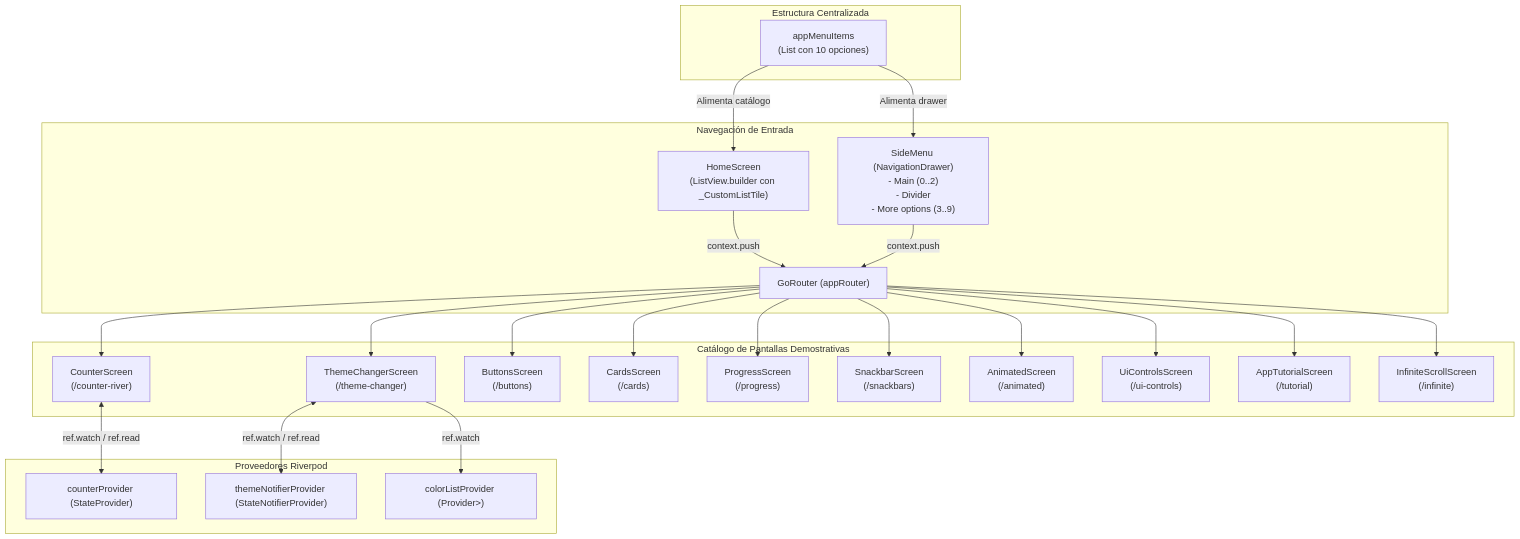
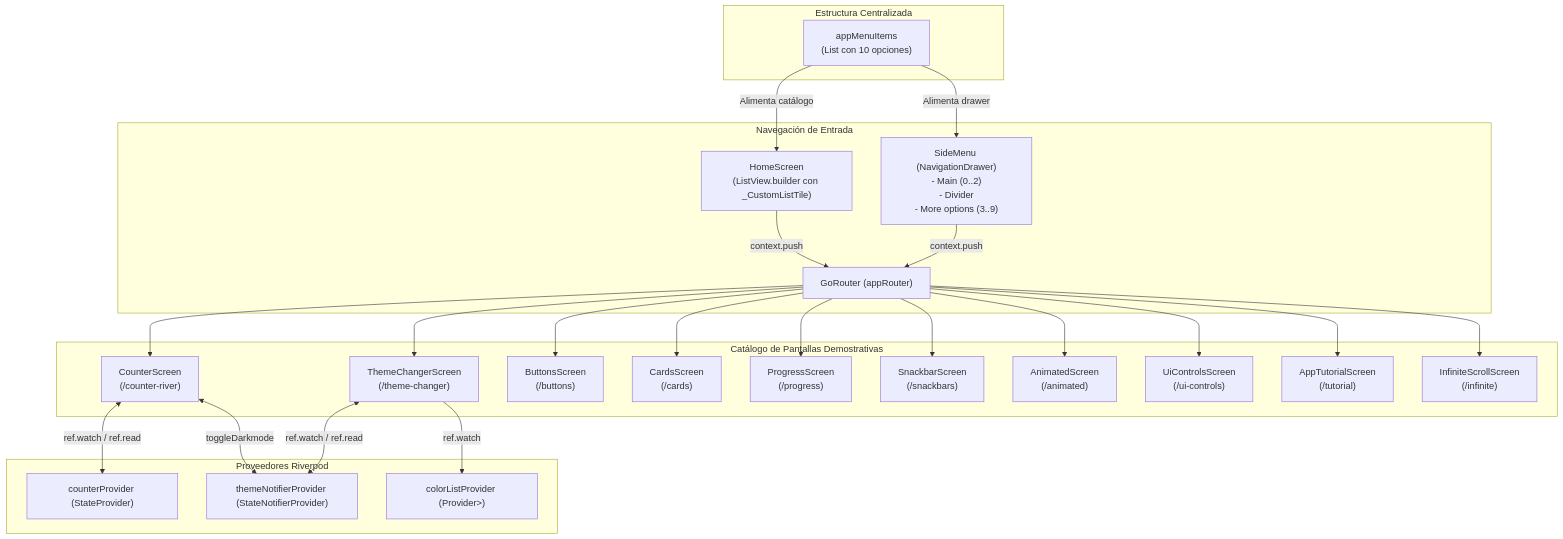
Before and after one commit to JesuuusArt/Practicas_DMI_220772: the second of 2 diagrams in Practica05/widgets_app/Docs/Architecture/DIAGRAMAS_ARQUITECTURA.md, drawn with Mermaid. The commit also changed other lines of this file and 8 other files, not shown here.

````diff
--- a/Practica05/widgets_app/Docs/Architecture/DIAGRAMAS_ARQUITECTURA.md
+++ b/Practica05/widgets_app/Docs/Architecture/DIAGRAMAS_ARQUITECTURA.md
@@ -70,51 +87,52 @@
 ```mermaid
 graph TD
     subgraph DataCentral ["Estructura Centralizada"]
         MenuItems["appMenuItems\n(List<MenuItem> con 10 opciones)"]
     end
 
     subgraph NavigationUI ["Navegación de Entrada"]
         Home["HomeScreen\n(ListView.builder con _CustomListTile)"]
         Drawer["SideMenu (NavigationDrawer)\n- Main (0..2)\n- Divider\n- More options (3..9)"]
         RouterDef["GoRouter (appRouter)"]
     end
 
     subgraph ScreensCluster ["Catálogo de Pantallas Demostrativas"]
         S_Count["CounterScreen\n(/counter-river)"]
         S_Theme["ThemeChangerScreen\n(/theme-changer)"]
         S_Btn["ButtonsScreen\n(/buttons)"]
         S_Card["CardsScreen\n(/cards)"]
         S_Prog["ProgressScreen\n(/progress)"]
         S_Snack["SnackbarScreen\n(/snackbars)"]
         S_Anim["AnimatedScreen\n(/animated)"]
         S_UI["UiControlsScreen\n(/ui-controls)"]
         S_Tut["AppTutorialScreen\n(/tutorial)"]
         S_Inf["InfiniteScrollScreen\n(/infinite)"]
     end
 
     subgraph ProvidersLayer ["Proveedores Riverpod"]
         P_Count["counterProvider (StateProvider<int>)"]
         P_Theme["themeNotifierProvider (StateNotifierProvider)"]
         P_Colors["colorListProvider (Provider<List<Color>>)"]
     end
 
     MenuItems -->|Alimenta catálogo| Home
     MenuItems -->|Alimenta drawer| Drawer
     Home -->|context.push| RouterDef
     Drawer -->|context.push| RouterDef
 
     RouterDef --> S_Count
     RouterDef --> S_Theme
     RouterDef --> S_Btn
     RouterDef --> S_Card
     RouterDef --> S_Prog
     RouterDef --> S_Snack
     RouterDef --> S_Anim
     RouterDef --> S_UI
     RouterDef --> S_Tut
     RouterDef --> S_Inf
 
     S_Count <-->|ref.watch / ref.read| P_Count
+    S_Count <-->|toggleDarkmode| P_Theme
     S_Theme <-->|ref.watch / ref.read| P_Theme
     S_Theme -->|ref.watch| P_Colors
 ```
````
